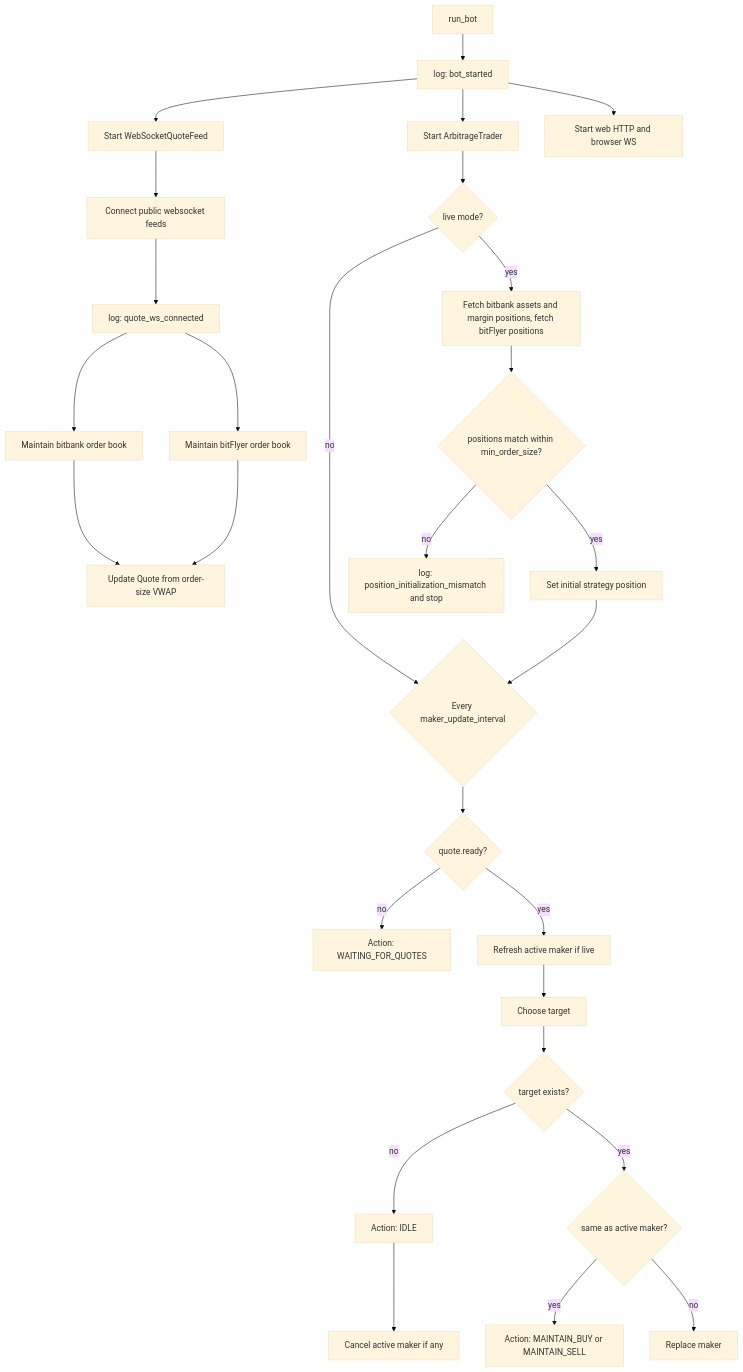
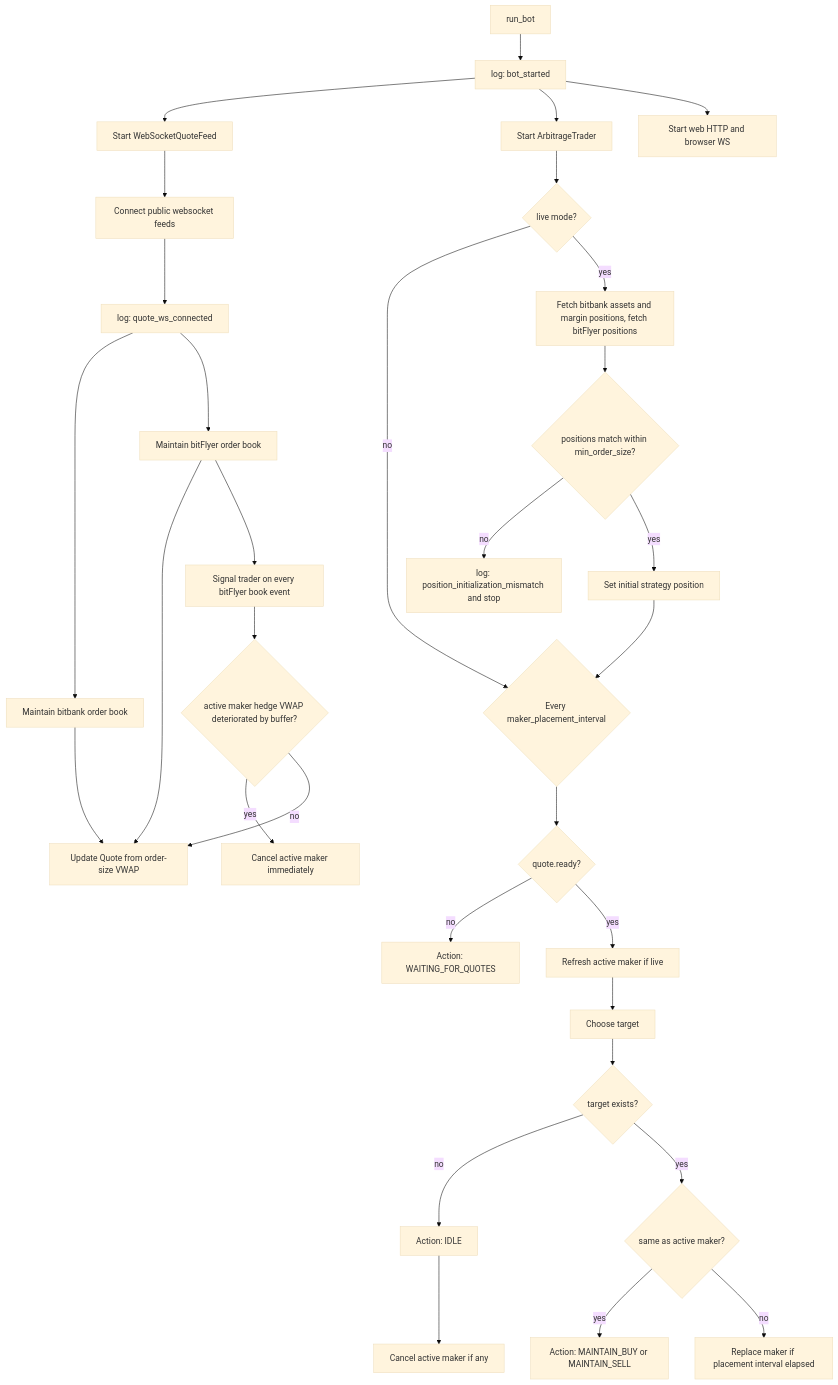
The first of 7 diagrams in src/vibe_bot/trades/bitbank_bitflyer/flowchart.md (00ken00/vibe_bot), drawn with Mermaid (base theme) before and after one commit. The commit also changed 5 other files, not shown here.

````diff
--- a/src/vibe_bot/trades/bitbank_bitflyer/flowchart.md
+++ b/src/vibe_bot/trades/bitbank_bitflyer/flowchart.md
@@ -5,32 +5,37 @@
 ```mermaid
 flowchart TD
     A[run_bot] --> L1[log: bot_started]
     L1 --> QF[Start WebSocketQuoteFeed]
     L1 --> TR[Start ArbitrageTrader]
     L1 --> WEB[Start web HTTP and browser WS]
 
     QF --> QW[Connect public websocket feeds]
     QW --> QWL[log: quote_ws_connected]
     QWL --> QB[Maintain bitbank order book]
     QWL --> BF[Maintain bitFlyer order book]
     QB --> QP[Update Quote from order-size VWAP]
     BF --> QP
 
+    BF --> URGENT[Signal trader on every bitFlyer book event]
+    URGENT --> DET{"active maker hedge VWAP deteriorated by buffer?"}
+    DET -- yes --> CANCELH[Cancel active maker immediately]
+    DET -- no --> QP
+
     TR --> MODE{"live mode?"}
-    MODE -- no --> TICK{Every maker_update_interval}
+    MODE -- no --> TICK{Every maker_placement_interval}
     MODE -- yes --> INIT[Fetch bitbank assets and margin positions, fetch bitFlyer positions]
     INIT --> CHECK{"positions match within min_order_size?"}
     CHECK -- no --> FAIL[log: position_initialization_mismatch and stop]
     CHECK -- yes --> SETPOS[Set initial strategy position]
     SETPOS --> TICK
     TICK --> READY{"quote.ready?"}
     READY -- no --> WAIT[Action: WAITING_FOR_QUOTES]
     READY -- yes --> REFRESH[Refresh active maker if live]
     REFRESH --> TARGET[Choose target]
     TARGET --> HAS{"target exists?"}
     HAS -- no --> IDLE[Action: IDLE]
     IDLE --> CANCEL0[Cancel active maker if any]
     HAS -- yes --> SAME{"same as active maker?"}
     SAME -- yes --> MAINTAIN[Action: MAINTAIN_BUY or MAINTAIN_SELL]
-    SAME -- no --> REPLACE[Replace maker]
+    SAME -- no --> REPLACE[Replace maker if placement interval elapsed]
 ```
````
